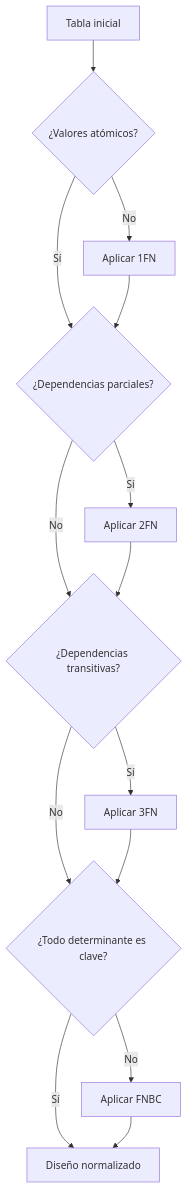
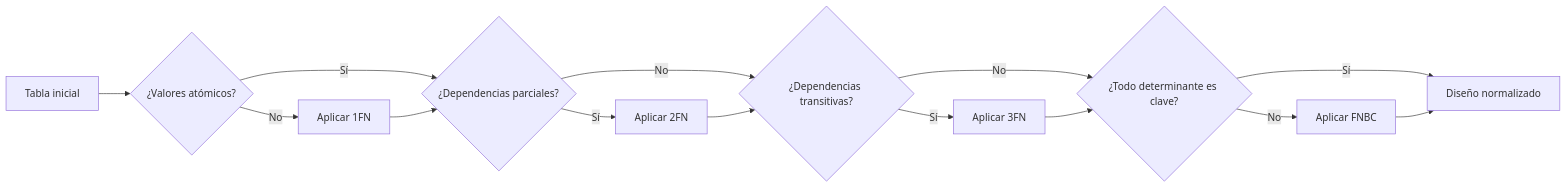
One commit to cizacas/GBD26-27-Apuntes changed diagram 11 of 11 in gbd-apuntes/docs/UD2_Diseño_logico_de_bases_de_datos.md. Above: the diagram before and after it, drawn with Mermaid. The commit also changed other lines of this file, not shown here.

````diff
--- a/gbd-apuntes/docs/UD2_Diseño_logico_de_bases_de_datos.md
+++ b/gbd-apuntes/docs/UD2_Diseño_logico_de_bases_de_datos.md
@@ -479,16 +591,16 @@
 ```mermaid
-flowchart TD
+flowchart LR
     A[Tabla inicial] --> B{¿Valores atómicos?}
     B -- No --> B1[Aplicar 1FN]
     B -- Sí --> C{¿Dependencias parciales?}
     B1 --> C
     C -- Sí --> C1[Aplicar 2FN]
     C -- No --> D{¿Dependencias transitivas?}
     C1 --> D
     D -- Sí --> D1[Aplicar 3FN]
     D -- No --> E{¿Todo determinante es clave?}
     D1 --> E
     E -- No --> E1[Aplicar FNBC]
     E -- Sí --> F[Diseño normalizado]
     E1 --> F
 ```
````
